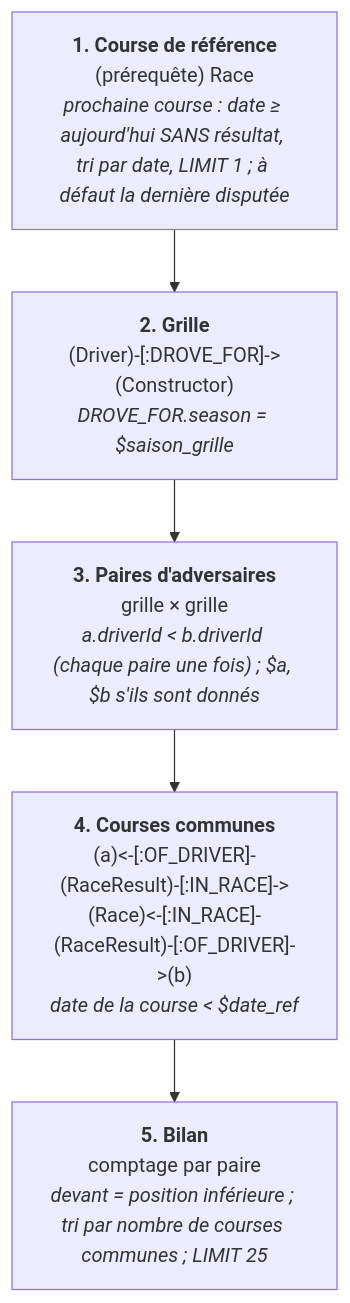
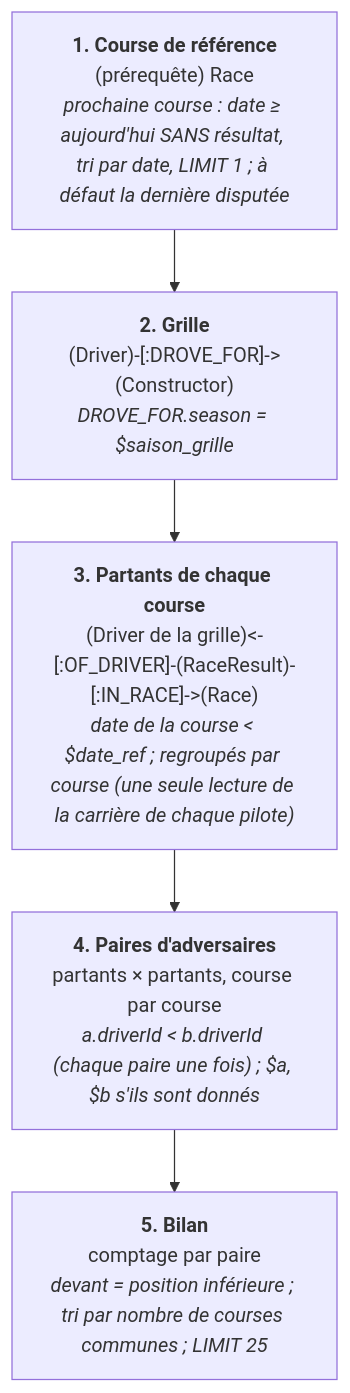
One commit to lanfr144/f1-graph changed the second of 14 diagrams in docs/explication-requetes.md. Above: the diagram before and after it, drawn with Mermaid. The commit also changed other lines of this file and 9 other files, not shown here.

````diff
--- a/docs/explication-requetes.md
+++ b/docs/explication-requetes.md
@@ -111,12 +111,12 @@
 ```mermaid
 flowchart TD
   E1["<b>1. Course de référence</b><br/>(prérequête) Race<br/><i>prochaine course : date ≥ aujourd'hui SANS résultat, tri par date, LIMIT 1 ; à défaut la dernière disputée</i>"]
   E2["<b>2. Grille</b><br/>(Driver)-[:DROVE_FOR]-#gt;(Constructor)<br/><i>DROVE_FOR.season = $saison_grille</i>"]
   E1 --> E2
-  E3["<b>3. Paires d'adversaires</b><br/>grille × grille<br/><i>a.driverId #lt; b.driverId (chaque paire une fois) ; $a, $b s'ils sont donnés</i>"]
+  E3["<b>3. Partants de chaque course</b><br/>(Driver de la grille)#lt;-[:OF_DRIVER]-(RaceResult)-[:IN_RACE]-#gt;(Race)<br/><i>date de la course #lt; $date_ref ; regroupés par course (une seule lecture de la carrière de chaque pilote)</i>"]
   E2 --> E3
-  E4["<b>4. Courses communes</b><br/>(a)#lt;-[:OF_DRIVER]-(RaceResult)-[:IN_RACE]-#gt;(Race)#lt;-[:IN_RACE]-(RaceResult)-[:OF_DRIVER]-#gt;(b)<br/><i>date de la course #lt; $date_ref</i>"]
+  E4["<b>4. Paires d'adversaires</b><br/>partants × partants, course par course<br/><i>a.driverId #lt; b.driverId (chaque paire une fois) ; $a, $b s'ils sont donnés</i>"]
   E3 --> E4
   E5["<b>5. Bilan</b><br/>comptage par paire<br/><i>devant = position inférieure ; tri par nombre de courses communes ; LIMIT 25</i>"]
   E4 --> E5
 ```
````
